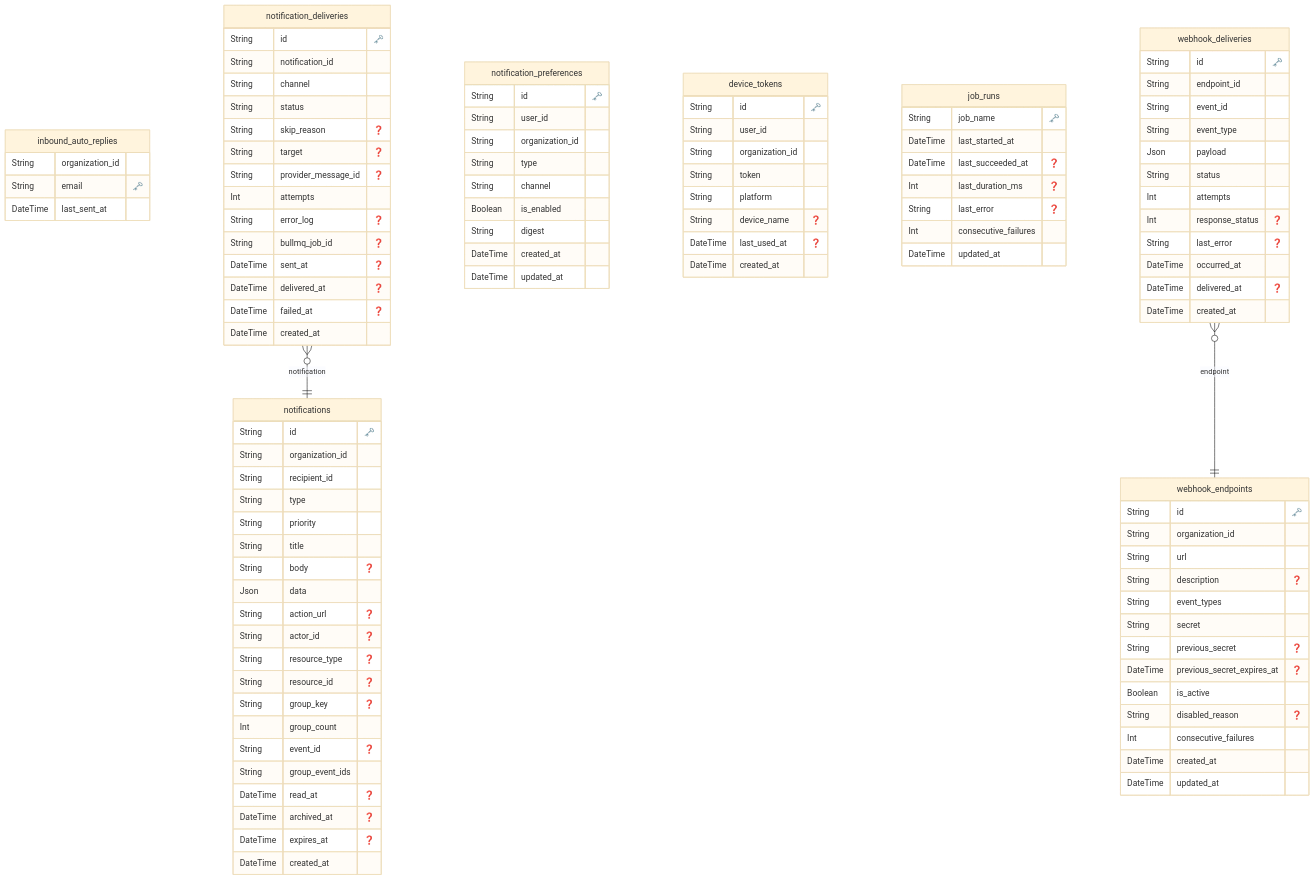
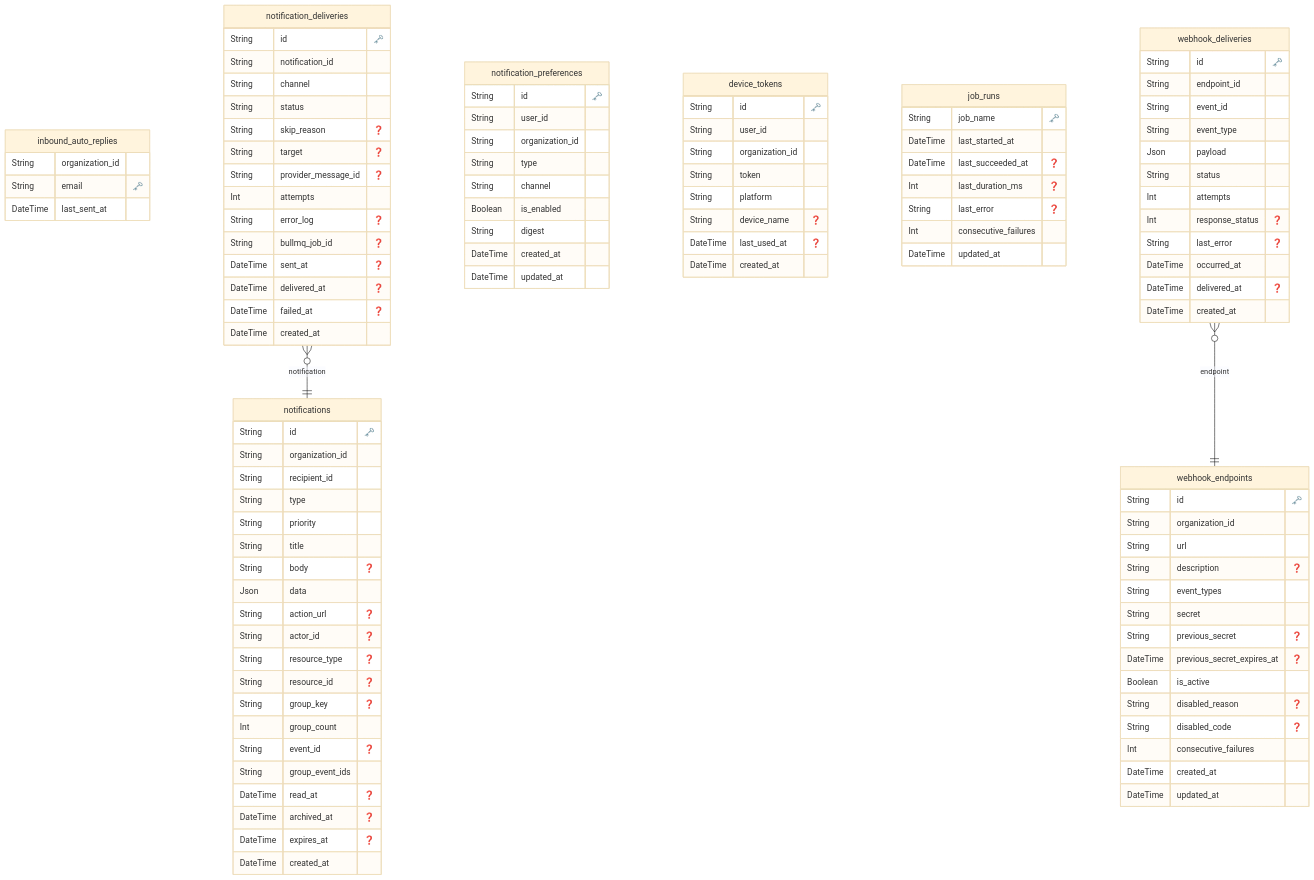
One commit to dungtq2k5/synapse-desk changed the diagram in docs/reference/erd/notification-service.md. Above: the diagram before and after it, drawn with Mermaid (base theme). The commit also changed 62 other files, not shown here.

````diff
--- a/docs/reference/erd/notification-service.md
+++ b/docs/reference/erd/notification-service.md
@@ -3,121 +3,122 @@
 
   "notifications" {
     String id "🗝️"
-    String organization_id 
-    String recipient_id 
-    String type 
-    String priority 
-    String title 
+    String organization_id
+    String recipient_id
+    String type
+    String priority
+    String title
     String body "❓"
-    Json data 
+    Json data
     String action_url "❓"
     String actor_id "❓"
     String resource_type "❓"
     String resource_id "❓"
     String group_key "❓"
-    Int group_count 
+    Int group_count
     String event_id "❓"
-    String group_event_ids 
+    String group_event_ids
     DateTime read_at "❓"
     DateTime archived_at "❓"
     DateTime expires_at "❓"
-    DateTime created_at 
+    DateTime created_at
     }
-  
+
 
   "inbound_auto_replies" {
-    String organization_id 
+    String organization_id
     String email "🗝️"
-    DateTime last_sent_at 
+    DateTime last_sent_at
     }
-  
+
 
   "notification_deliveries" {
     String id "🗝️"
-    String notification_id 
-    String channel 
-    String status 
+    String notification_id
+    String channel
+    String status
     String skip_reason "❓"
     String target "❓"
     String provider_message_id "❓"
-    Int attempts 
+    Int attempts
     String error_log "❓"
     String bullmq_job_id "❓"
     DateTime sent_at "❓"
     DateTime delivered_at "❓"
     DateTime failed_at "❓"
-    DateTime created_at 
+    DateTime created_at
     }
-  
+
 
   "notification_preferences" {
     String id "🗝️"
-    String user_id 
-    String organization_id 
-    String type 
-    String channel 
-    Boolean is_enabled 
-    String digest 
-    DateTime created_at 
-    DateTime updated_at 
+    String user_id
+    String organization_id
+    String type
+    String channel
+    Boolean is_enabled
+    String digest
+    DateTime created_at
+    DateTime updated_at
     }
-  
+
 
   "device_tokens" {
     String id "🗝️"
-    String user_id 
-    String organization_id 
-    String token 
-    String platform 
+    String user_id
+    String organization_id
+    String token
+    String platform
     String device_name "❓"
     DateTime last_used_at "❓"
-    DateTime created_at 
+    DateTime created_at
     }
-  
+
 
   "job_runs" {
     String job_name "🗝️"
-    DateTime last_started_at 
+    DateTime last_started_at
     DateTime last_succeeded_at "❓"
     Int last_duration_ms "❓"
     String last_error "❓"
-    Int consecutive_failures 
-    DateTime updated_at 
+    Int consecutive_failures
+    DateTime updated_at
     }
-  
+
 
   "webhook_endpoints" {
     String id "🗝️"
-    String organization_id 
-    String url 
+    String organization_id
+    String url
     String description "❓"
-    String event_types 
-    String secret 
+    String event_types
+    String secret
     String previous_secret "❓"
     DateTime previous_secret_expires_at "❓"
-    Boolean is_active 
+    Boolean is_active
     String disabled_reason "❓"
-    Int consecutive_failures 
-    DateTime created_at 
-    DateTime updated_at 
+    String disabled_code "❓"
+    Int consecutive_failures
+    DateTime created_at
+    DateTime updated_at
     }
-  
+
 
   "webhook_deliveries" {
     String id "🗝️"
-    String endpoint_id 
-    String event_id 
-    String event_type 
-    Json payload 
-    String status 
-    Int attempts 
+    String endpoint_id
+    String event_id
+    String event_type
+    Json payload
+    String status
+    Int attempts
     Int response_status "❓"
     String last_error "❓"
-    DateTime occurred_at 
+    DateTime occurred_at
     DateTime delivered_at "❓"
-    DateTime created_at 
+    DateTime created_at
     }
-  
+
     "notification_deliveries" }o--|| notifications : "notification"
     "webhook_deliveries" }o--|| webhook_endpoints : "endpoint"
 ```
````
